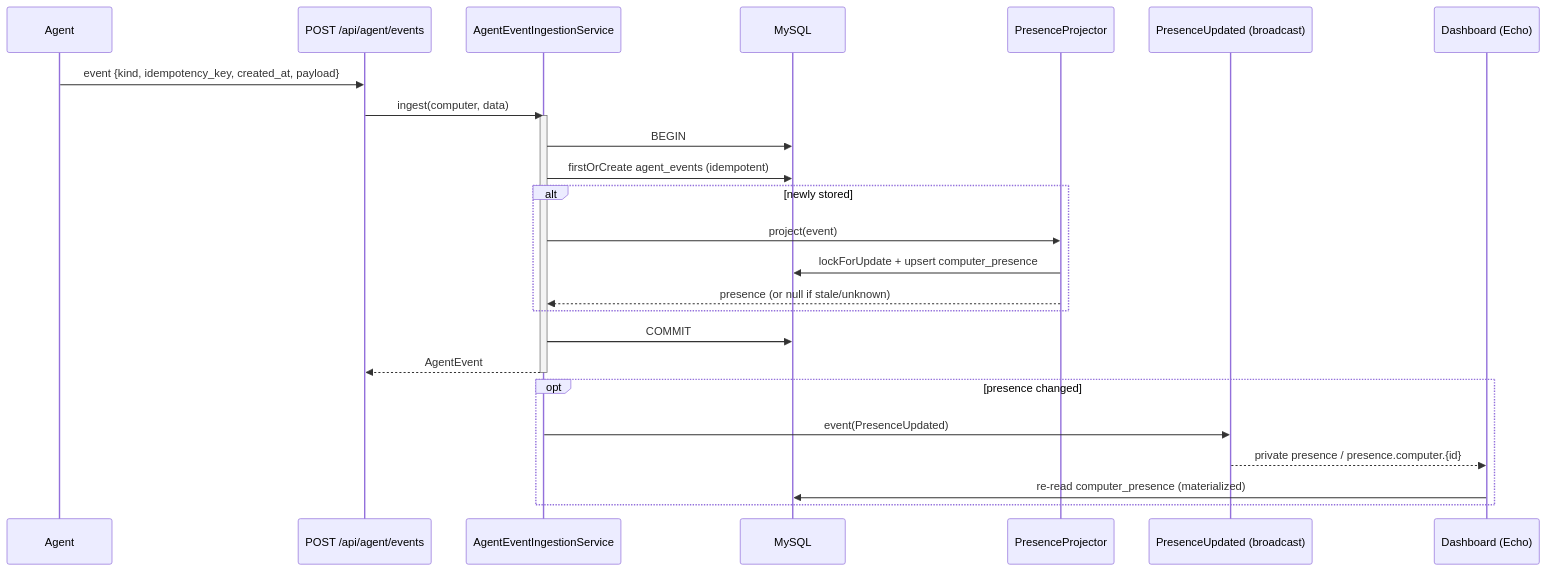
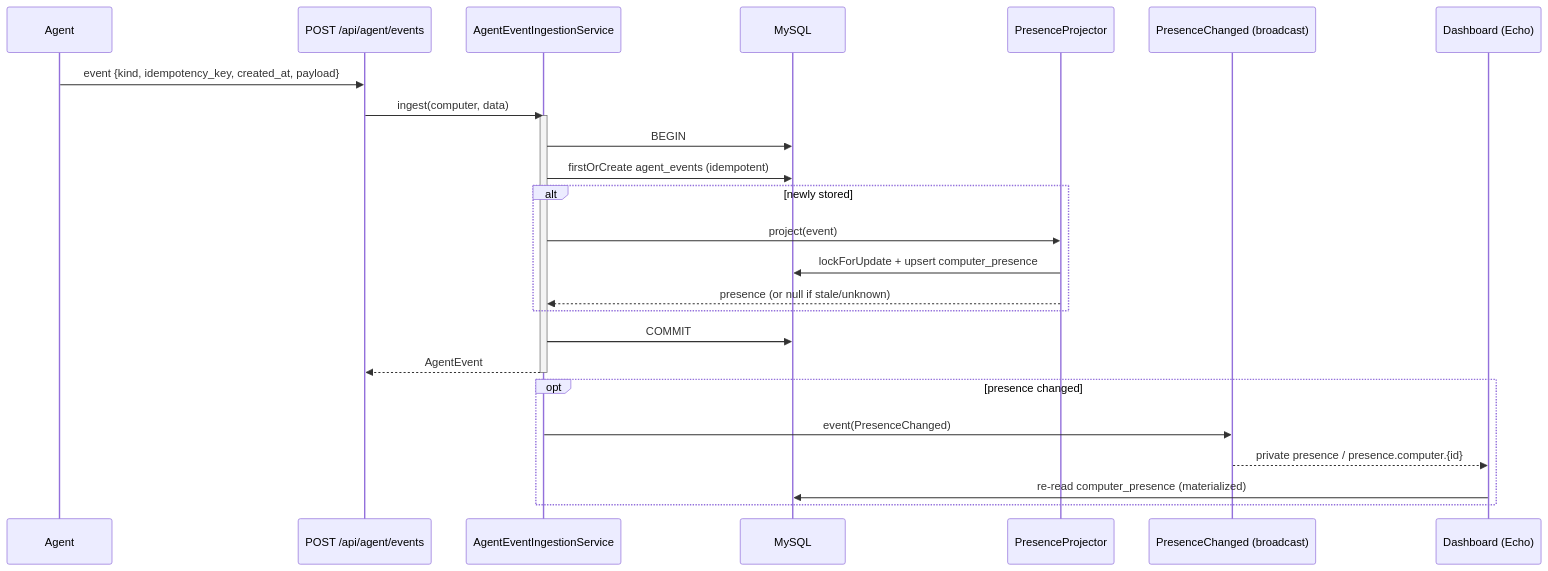
One commit to techmatterglobals/treck changed the second of 3 diagrams in docs/25-realtime-presence.md. Above: the diagram before and after it, drawn with Mermaid. The commit also changed other lines of this file and 25 other files, not shown here.

````diff
--- a/docs/25-realtime-presence.md
+++ b/docs/25-realtime-presence.md
@@ -85,29 +85,29 @@
 ```mermaid
 sequenceDiagram
     participant Ag as Agent
     participant API as POST /api/agent/events
     participant Ing as AgentEventIngestionService
     participant DB as MySQL
     participant Proj as PresenceProjector
-    participant Bus as PresenceUpdated (broadcast)
+    participant Bus as PresenceChanged (broadcast)
     participant UI as Dashboard (Echo)
 
     Ag->>API: event {kind, idempotency_key, created_at, payload}
     API->>Ing: ingest(computer, data)
     activate Ing
     Ing->>DB: BEGIN
     Ing->>DB: firstOrCreate agent_events (idempotent)
     alt newly stored
         Ing->>Proj: project(event)
         Proj->>DB: lockForUpdate + upsert computer_presence
         Proj-->>Ing: presence (or null if stale/unknown)
     end
     Ing->>DB: COMMIT
     Ing-->>API: AgentEvent
     deactivate Ing
     opt presence changed
-        Ing->>Bus: event(PresenceUpdated)
+        Ing->>Bus: event(PresenceChanged)
         Bus-->>UI: private presence / presence.computer.{id}
         UI->>DB: re-read computer_presence (materialized)
     end
 ```
````
